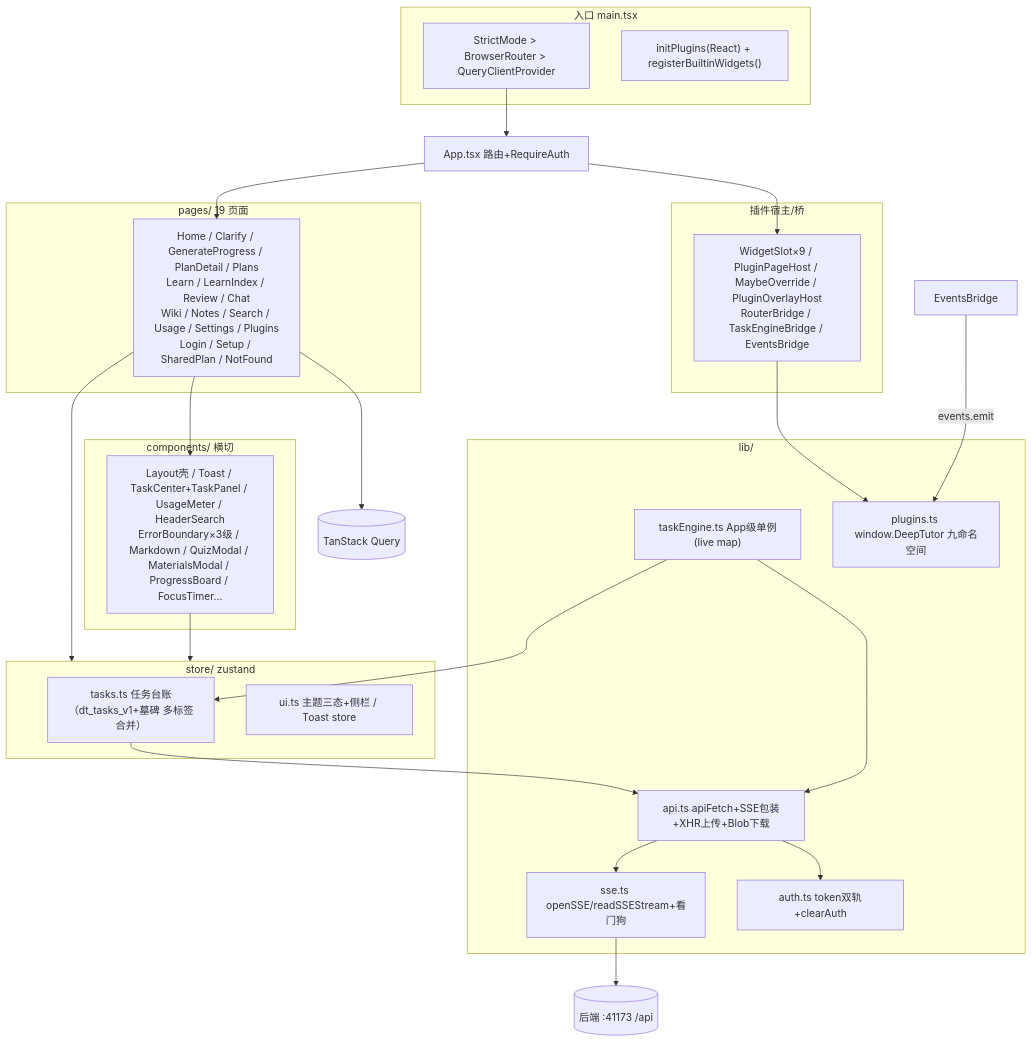
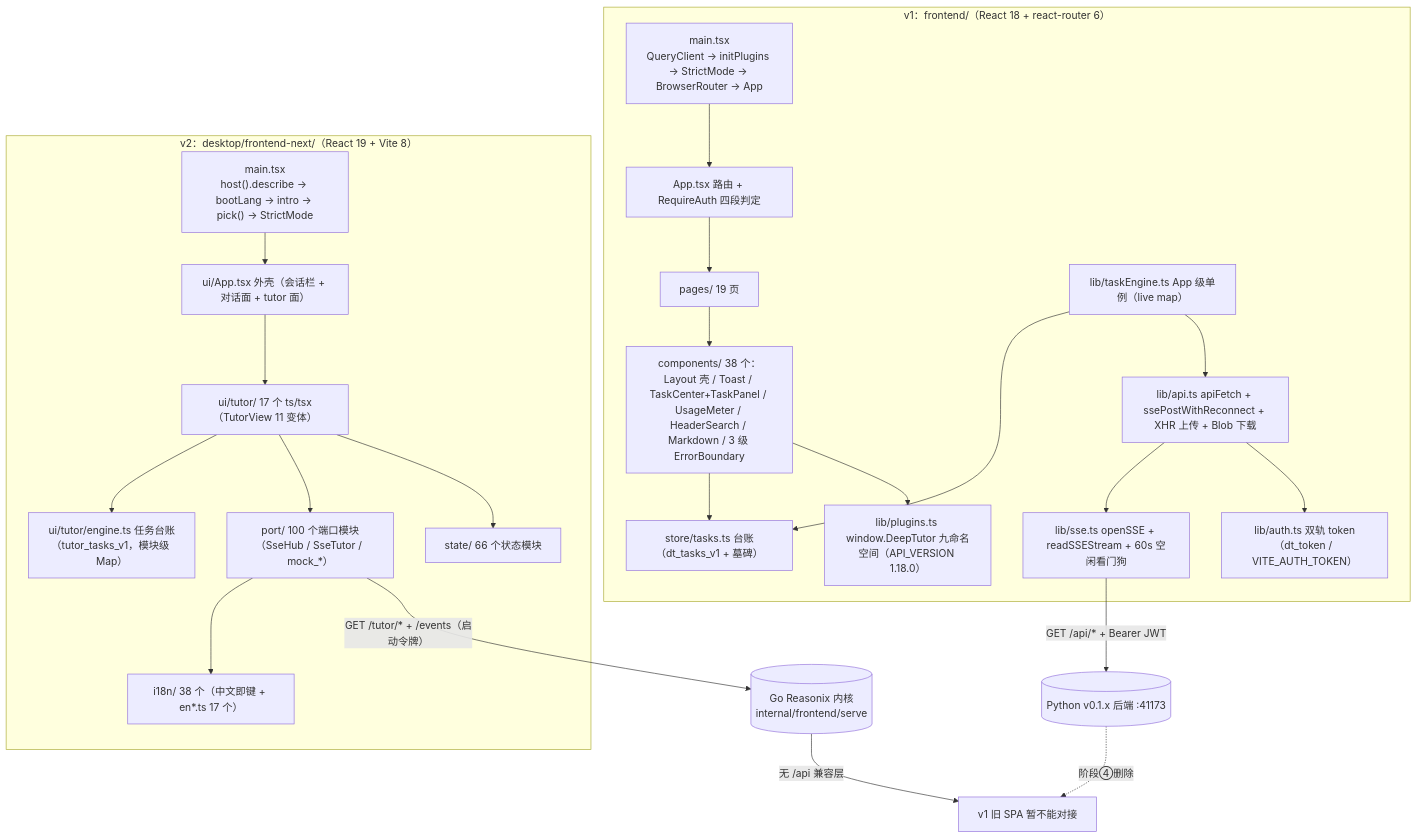
Before and after one commit to hershate/Deep-tutor: the third of 3 diagrams in note/10-前端架构.md, drawn with Mermaid. The commit also changed other lines of this file, not shown here.

Commit message:
docs(note/10): 前端架构重基线——按当前代码重算 v1 前端行号与签名（plugins.ts 1461、api.ts 1542、taskEngine 495、tasks 557、组件 38 个、路由 App.tsx 70-128、插件 API 1.18.0），新增 §3 Go 侧新前端现状（frontend-next 体量/依赖/src 结构/i18n/Electron 宿主/能力差距）、§4 Go 侧事件流与前端桥接（3 条 SSE 通道、游标与心跳、/api 缺位）、§5 两代前端对照总表

````diff
--- a/note/10-前端架构.md
+++ b/note/10-前端架构.md
@@ -149,37 +491,39 @@
 ```mermaid
 flowchart TB
-    subgraph Entry["入口 main.tsx"]
-        MAIN["StrictMode > BrowserRouter > QueryClientProvider"]
-        INIT["initPlugins(React) + registerBuiltinWidgets()"]
+    subgraph V1["v1：frontend/（React 18 + react-router 6）"]
+        V1M["main.tsx<br/>QueryClient → initPlugins → StrictMode → BrowserRouter → App"]
+        V1A["App.tsx 路由 + RequireAuth 四段判定"]
+        V1P["pages/ 19 页"]
+        V1C["components/ 38 个：Layout 壳 / Toast / TaskCenter+TaskPanel / UsageMeter / HeaderSearch / Markdown / 3 级 ErrorBoundary"]
+        V1S["store/tasks.ts 台账（dt_tasks_v1 + 墓碑）"]
+        V1L["lib/taskEngine.ts App 级单例（live map）"]
+        V1API["lib/api.ts apiFetch + ssePostWithReconnect + XHR 上传 + Blob 下载"]
+        V1SSE["lib/sse.ts openSSE + readSSEStream + 60s 空闲看门狗"]
+        V1AU["lib/auth.ts 双轨 token（dt_token / VITE_AUTH_TOKEN）"]
+        V1PL["lib/plugins.ts window.DeepTutor 九命名空间（API_VERSION 1.18.0）"]
+        V1M --> V1A --> V1P
+        V1P --> V1C
+        V1C --> V1S
+        V1L --> V1S
+        V1L --> V1API --> V1SSE
+        V1API --> V1AU
+        V1C --> V1PL
     end
-    subgraph Pages["pages/ 19 页面"]
-        P["Home / Clarify / GenerateProgress / PlanDetail / Plans<br/>Learn / LearnIndex / Review / Chat<br/>Wiki / Notes / Search / Usage / Settings / Plugins<br/>Login / Setup / SharedPlan / NotFound"]
+    subgraph V2["v2：desktop/frontend-next/（React 19 + Vite 8）"]
+        V2M["main.tsx<br/>host().describe → bootLang → intro → pick() → StrictMode"]
+        V2H["ui/App.tsx 外壳（会话栏 + 对话面 + tutor 面）"]
+        V2T["ui/tutor/ 17 个 ts/tsx（TutorView 11 变体）"]
+        V2E["ui/tutor/engine.ts 任务台账（tutor_tasks_v1，模块级 Map）"]
+        V2P["port/ 100 个端口模块（SseHub / SseTutor / mock_*）"]
+        V2S["state/ 66 个状态模块"]
+        V2I["i18n/ 38 个（中文即键 + en*.ts 17 个）"]
+        V2M --> V2H --> V2T --> V2E
+        V2T --> V2P
+        V2T --> V2S
+        V2P --> V2I
     end
-    subgraph HC["components/ 横切"]
-        C["Layout壳 / Toast / TaskCenter+TaskPanel / UsageMeter / HeaderSearch<br/>ErrorBoundary×3级 / Markdown / QuizModal / MaterialsModal / ProgressBoard / FocusTimer..."]
-    end
-    subgraph PH["插件宿主/桥"]
-        H["WidgetSlot×9 / PluginPageHost / MaybeOverride / PluginOverlayHost<br/>RouterBridge / TaskEngineBridge / EventsBridge"]
-    end
-    subgraph Store["store/ zustand"]
-        S1["tasks.ts 任务台账（dt_tasks_v1+墓碑 多标签合并）"]
-        S2["ui.ts 主题三态+侧栏 / Toast store"]
-    end
-    subgraph Lib["lib/"]
-        L1["api.ts apiFetch+SSE包装+XHR上传+Blob下载"]
-        L2["sse.ts openSSE/readSSEStream+看门狗"]
-        L3["taskEngine.ts App级单例(live map)"]
-        L4["auth.ts token双轨+clearAuth"]
-        L5["plugins.ts window.DeepTutor 九命名空间"]
-    end
-    MAIN --> App["App.tsx 路由+RequireAuth"]
-    App --> P & H
-    P --> C
-    P --> RQ[("TanStack Query")]
-    P & C --> Store
-    H --> L5
-    L3 --> S1 --> L1 --> L2 --> BE[("后端 :41173 /api")]
-    L3 --> L1
-    L1 --> L4
-    EventsBridge -->|"events.emit"| L5
+    V1SSE -->|"GET /api/* + Bearer JWT"| PY[("Python v0.1.x 后端 :41173")]
+    V2P -->|"GET /tutor/* + /events（启动令牌）"| GO[("Go Reasonix 内核<br/>internal/frontend/serve")]
+    GO -->|"无 /api 兼容层"| GAP["v1 旧 SPA 暂不能对接"]
+    PY -.->|"阶段④删除"| GAP
 ```
````
